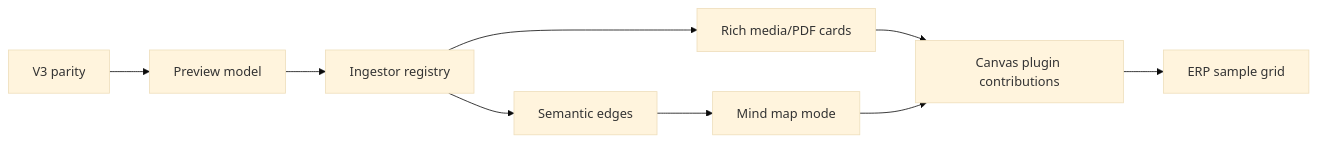
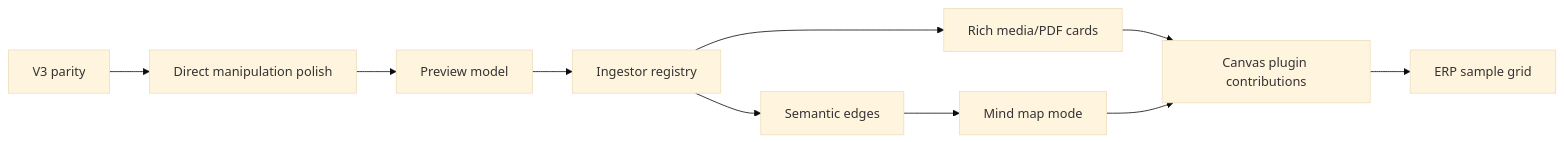
Before and after one commit to crs48/xNet: diagram 20 of 20 in docs/explorations/0136_[_]_EXPANDING_THE_INFINITE_CANVAS_INTO_A_UNIVERSAL_MEDIA_AND_PLANNING_SURFACE.md, drawn with Mermaid (base theme). The commit also changed other lines of this file, not shown here.

````diff
--- a/docs/explorations/0136_[_]_EXPANDING_THE_INFINITE_CANVAS_INTO_A_UNIVERSAL_MEDIA_AND_PLANNING_SURFACE.md
+++ b/docs/explorations/0136_[_]_EXPANDING_THE_INFINITE_CANVAS_INTO_A_UNIVERSAL_MEDIA_AND_PLANNING_SURFACE.md
@@ -1424,20 +1608,22 @@
 ```mermaid
 flowchart LR
   Parity["V3 parity"]
+  Manipulation["Direct manipulation polish"]
   Preview["Preview model"]
   Ingest["Ingestor registry"]
   Media["Rich media/PDF cards"]
   Edges["Semantic edges"]
   MindMap["Mind map mode"]
   Plugins["Canvas plugin contributions"]
   ERP["ERP sample grid"]
 
-  Parity --> Preview
+  Parity --> Manipulation
+  Manipulation --> Preview
   Preview --> Ingest
   Ingest --> Media
   Ingest --> Edges
   Edges --> MindMap
   Media --> Plugins
   MindMap --> Plugins
   Plugins --> ERP
 ```
````
